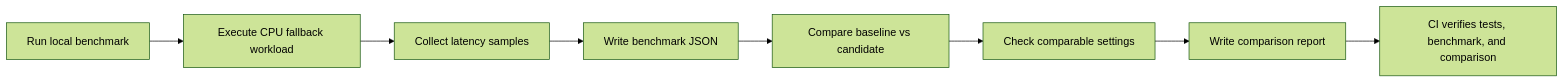
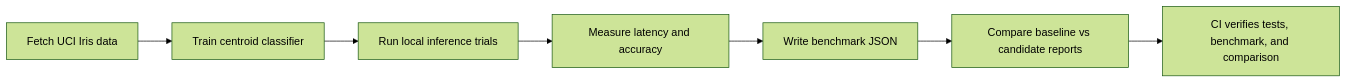
One commit to nguyenthevietquang07/tensorrt-model-optimization changed the first of 2 diagrams in README.md. Above: the diagram before and after it, drawn with Mermaid (forest theme). The commit also changed other lines of this file and 6 other files, not shown here.

Commit message:
Add real data inference benchmark

````diff
--- a/README.md
+++ b/README.md
@@ -35,10 +40,9 @@
 ```mermaid
 flowchart LR
-    A["Run local benchmark"] --> B["Execute CPU fallback workload"]
-    B --> C["Collect latency samples"]
-    C --> D["Write benchmark JSON"]
-    D --> E["Compare baseline vs candidate"]
-    E --> F["Check comparable settings"]
-    F --> G["Write comparison report"]
-    G --> H["CI verifies tests, benchmark, and comparison"]
+    A["Fetch UCI Iris data"] --> B["Train centroid classifier"]
+    B --> C["Run local inference trials"]
+    C --> D["Measure latency and accuracy"]
+    D --> E["Write benchmark JSON"]
+    E --> F["Compare baseline vs candidate reports"]
+    F --> G["CI verifies tests, benchmark, and comparison"]
 ```
````
